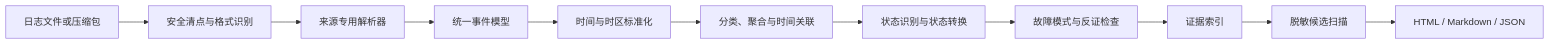
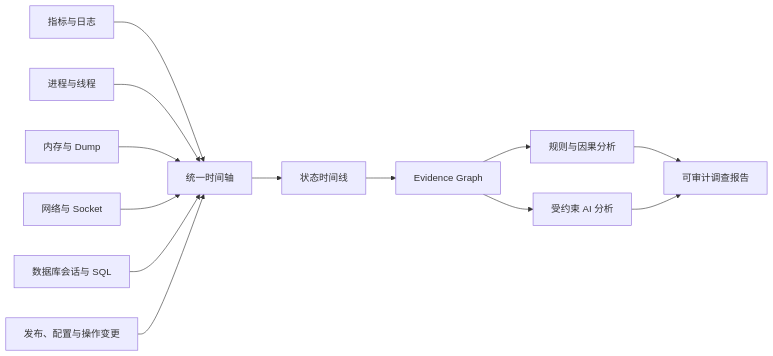
Before and after one commit to pc-study/dbsleuth: the first of 3 diagrams in README.md, drawn with Mermaid. The commit also changed other lines of this file, not shown here.

````diff
--- a/README.md
+++ b/README.md
@@ -114,13 +79,15 @@
 ```mermaid
 flowchart LR
-    A["日志文件或压缩包"] --> B["安全清点与格式识别"]
-    B --> C["来源专用解析器"]
-    C --> D["统一事件模型"]
-    D --> E["时间与时区标准化"]
-    E --> F["分类、聚合与时间关联"]
-    F --> G["状态识别与状态转换"]
-    G --> H["故障模式与反证检查"]
-    H --> I["证据索引"]
-    I --> J["脱敏候选扫描"]
-    J --> K["HTML / Markdown / JSON"]
+    A["指标与日志"] --> G["统一时间轴"]
+    B["进程与线程"] --> G
+    C["内存与 Dump"] --> G
+    D["网络与 Socket"] --> G
+    E["数据库会话与 SQL"] --> G
+    F["发布、配置与操作变更"] --> G
+    G --> H["状态时间线"]
+    H --> I["Evidence Graph"]
+    I --> J["规则与因果分析"]
+    I --> K["受约束 AI 分析"]
+    J --> L["可审计调查报告"]
+    K --> L
 ```
````
